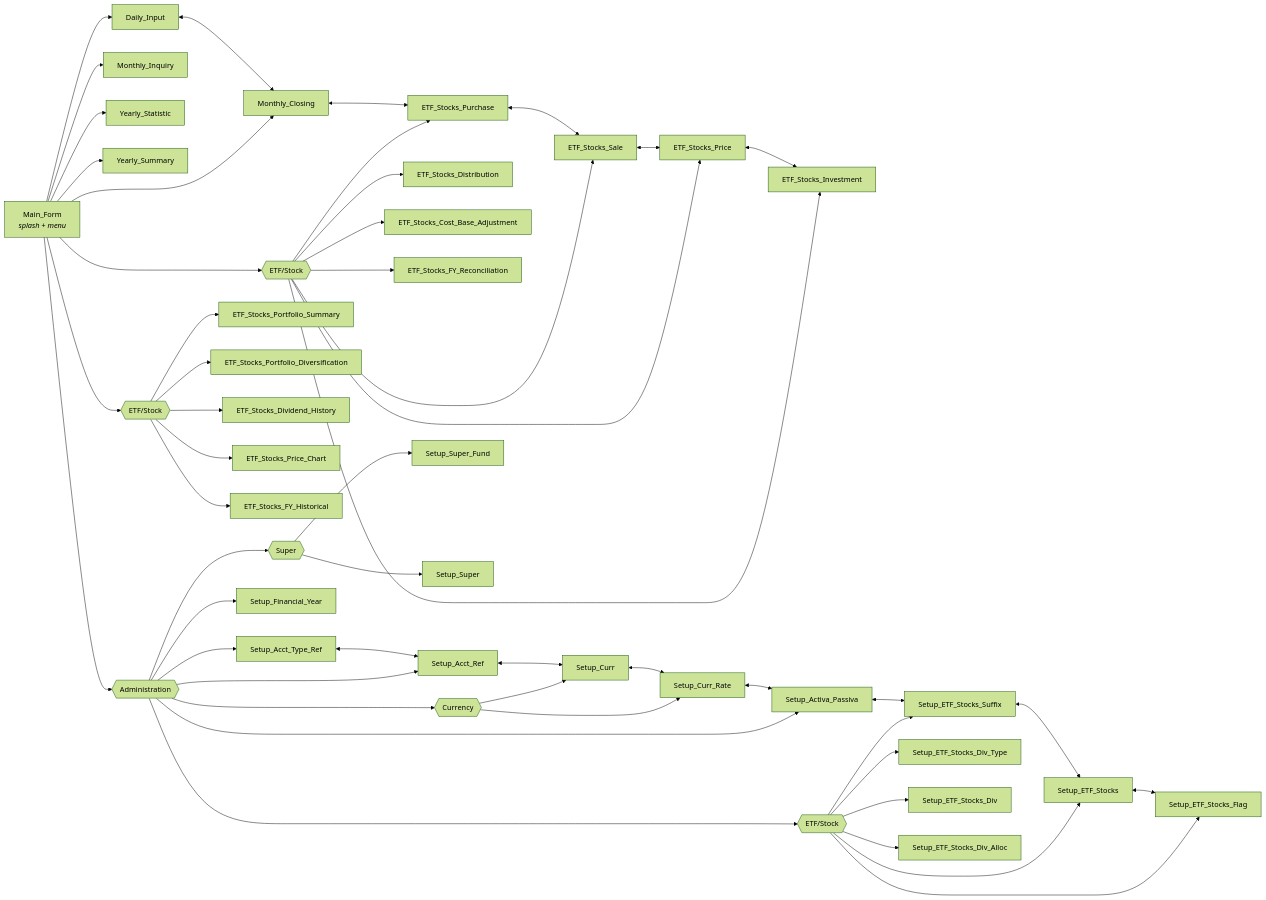
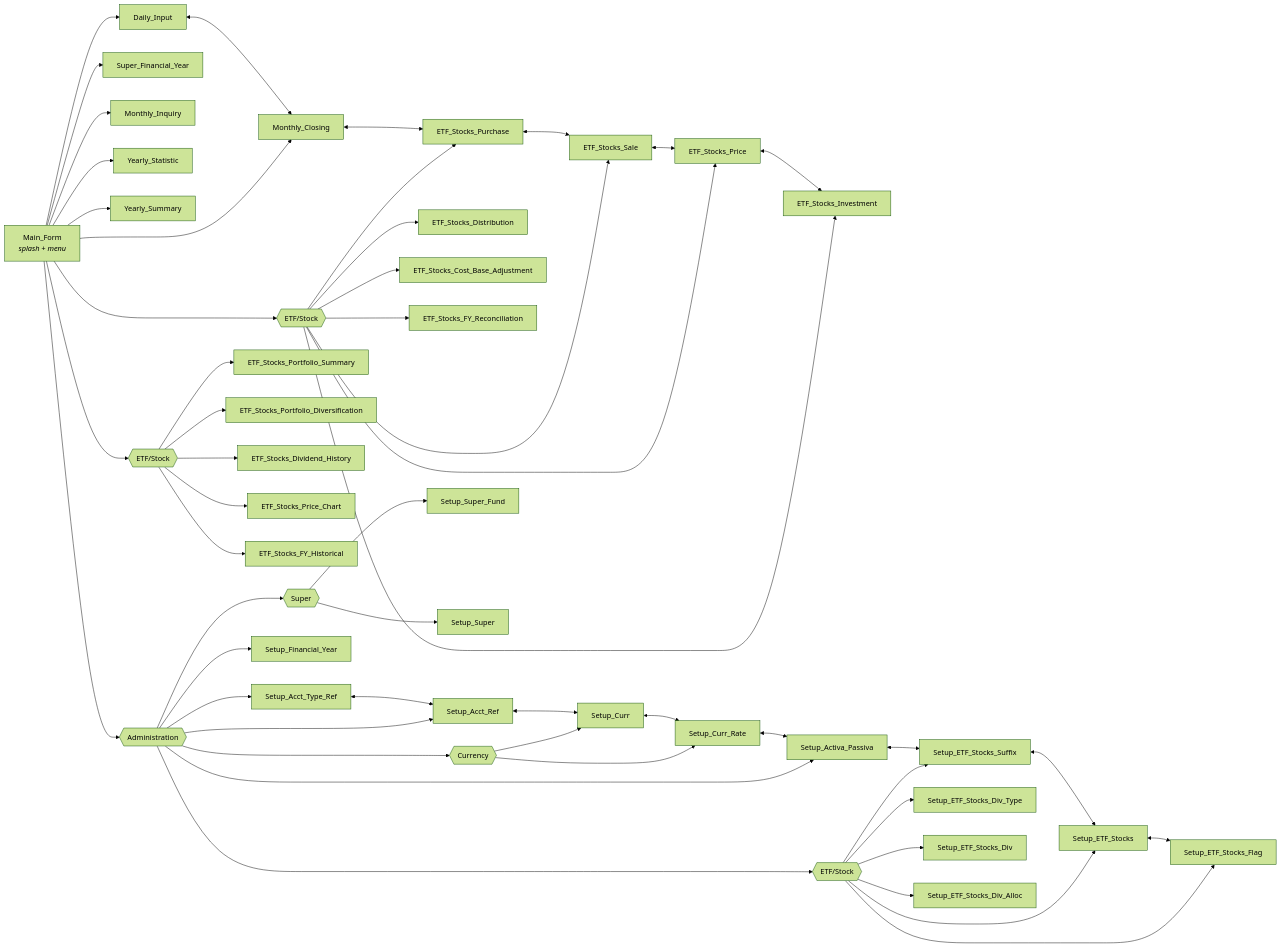
One commit to oscar-rijadi/FinancialBalance changed the second of 3 diagrams in README.md. Above: the diagram before and after it, drawn with Mermaid (forest theme). The commit also changed other lines of this file and 58 other files, not shown here.

Commit message:
Implement Super Financial Year

````diff
--- a/README.md
+++ b/README.md
@@ -102,57 +105,58 @@
 ```mermaid
 flowchart LR
     MAIN["Main_Form<br/><i>splash + menu</i>"]
 
     MAIN --> DI["Daily_Input"]
     MAIN --> MC["Monthly_Closing"]
     MAIN --> PETFG{{"ETF/Stock"}}
     PETFG --> ETP["ETF_Stocks_Price"]
     PETFG --> ETI["ETF_Stocks_Investment"]
     PETFG --> ETB["ETF_Stocks_Purchase"]
     PETFG --> ETS["ETF_Stocks_Sale"]
     PETFG --> ETD["ETF_Stocks_Distribution"]
     PETFG --> ECB["ETF_Stocks_Cost_Base_Adjustment"]
     PETFG --> ETR["ETF_Stocks_FY_Reconciliation"]
+    MAIN --> SFYP["Super_Financial_Year"]
     MAIN --> MI["Monthly_Inquiry"]
     MAIN --> YT["Yearly_Statistic"]
     MAIN --> YS["Yearly_Summary"]
     MAIN --> PORTG{{"ETF/Stock"}}
     PORTG --> PSUM["ETF_Stocks_Portfolio_Summary"]
     PORTG --> PDIV["ETF_Stocks_Portfolio_Diversification"]
     PORTG --> PDVH["ETF_Stocks_Dividend_History"]
     PORTG --> PPCH["ETF_Stocks_Price_Chart"]
     PORTG --> PFYH["ETF_Stocks_FY_Historical"]
 
     MAIN --> ADMIN{{"Administration"}}
     ADMIN --> SATR["Setup_Acct_Type_Ref"]
     ADMIN --> SAR["Setup_Acct_Ref"]
     ADMIN --> CURG{{"Currency"}}
     CURG --> SC["Setup_Curr"]
     CURG --> SCR["Setup_Curr_Rate"]
     ADMIN --> SAP["Setup_Activa_Passiva"]
     ADMIN --> SFY["Setup_Financial_Year"]
     ADMIN --> ETFG{{"ETF/Stock"}}
     ETFG --> SES["Setup_ETF_Stocks_Suffix"]
     ETFG --> SET["Setup_ETF_Stocks"]
     ETFG --> SEF["Setup_ETF_Stocks_Flag"]
     ETFG --> SDT["Setup_ETF_Stocks_Div_Type"]
     ETFG --> SDV["Setup_ETF_Stocks_Div"]
     ETFG --> SDA["Setup_ETF_Stocks_Div_Alloc"]
     ADMIN --> SUPG{{"Super"}}
     SUPG --> SSF["Setup_Super_Fund"]
     SUPG --> SSU["Setup_Super"]
 
     DI <--> MC
     MC <--> ETB
     ETB <--> ETS
     ETS <--> ETP
     ETP <--> ETI
 
     SATR <--> SAR
     SAR <--> SC
     SC <--> SCR
     SCR <--> SAP
     SAP <--> SES
     SES <--> SET
     SET <--> SEF
 ```
````
